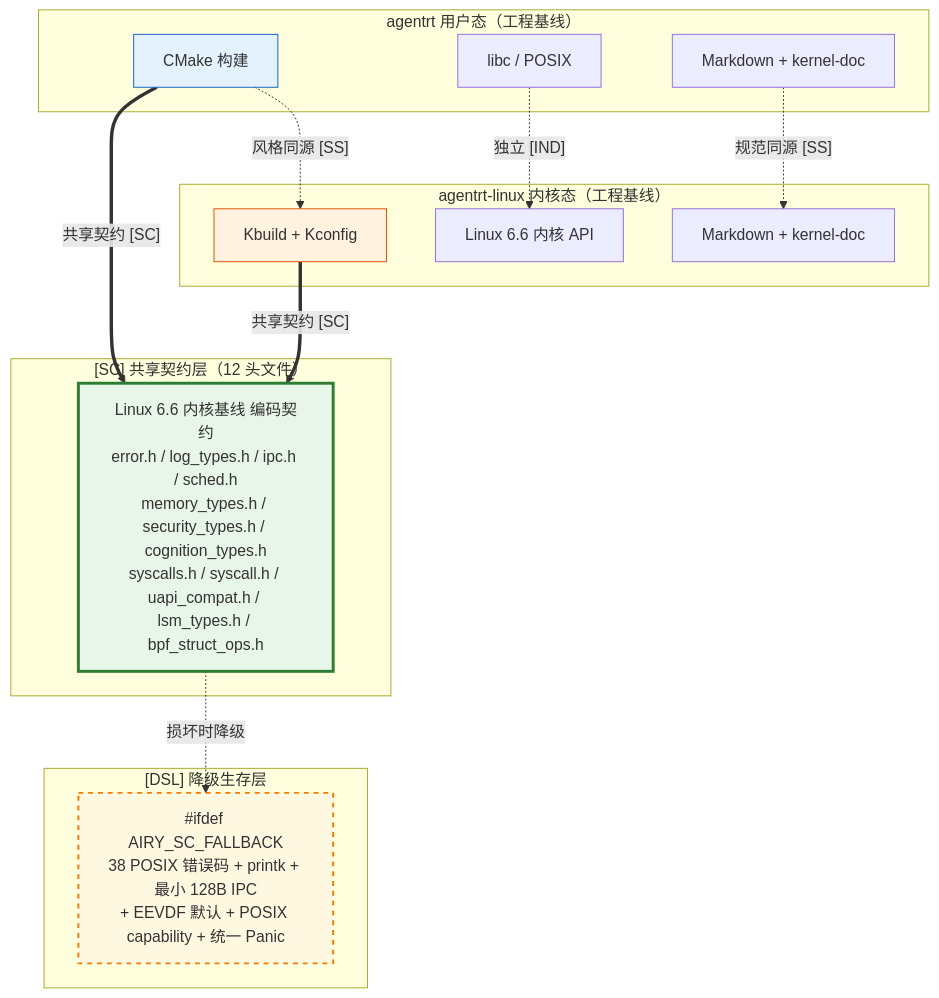
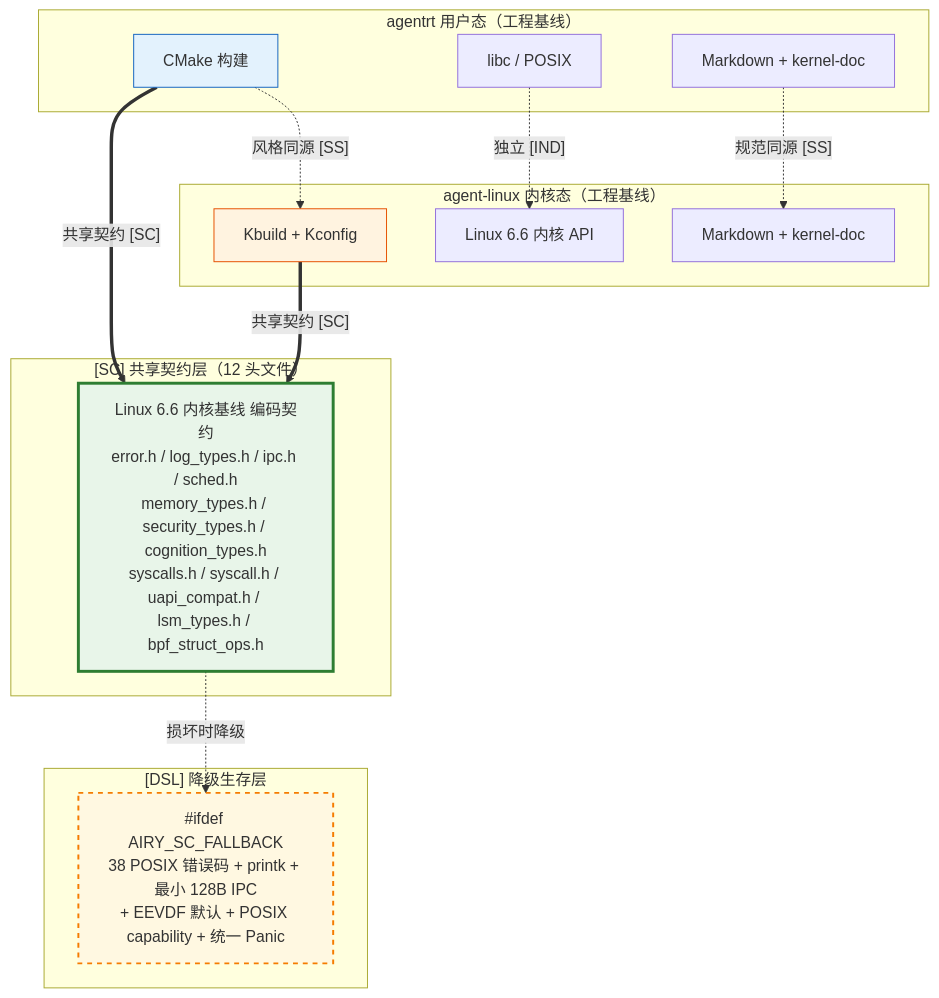
The diagram in 10-architecture/04-engineering-baseline.md (openairymax/docs-linux), drawn with Mermaid before and after one commit. The commit also changed other lines of this file and 172 other files, not shown here.

Commit message:
docs: rename agentrt-linux to agent-linux across docs v0.1.3 双工程结构：agentrt-linux 改名 agent-linux。docs 全仓 186 个 文件中的 agentrt-linux 引用统一为 agent-linux（AirymaxOS 工程名/ URL/路径引用；commit hash 与历史不变）。

````diff
--- a/10-architecture/04-engineering-baseline.md
+++ b/10-architecture/04-engineering-baseline.md
@@ -637,36 +637,36 @@
 ```mermaid
 graph TB
     subgraph "agentrt 用户态（工程基线）"
         RT_CMAKE[CMake 构建]
         RT_LIBC[libc / POSIX]
         RT_DOC[Markdown + kernel-doc]
     end
 
-    subgraph "agentrt-linux 内核态（工程基线）"
+    subgraph "agent-linux 内核态（工程基线）"
         OS_KBUILD[Kbuild + Kconfig]
         OS_LINUX[Linux 6.6 内核 API]
         OS_DOC[Markdown + kernel-doc]
     end
 
     subgraph "[SC] 共享契约层（12 头文件）"
         SC[Linux 6.6 内核基线 编码契约<br/>error.h / log_types.h / ipc.h / sched.h<br/>memory_types.h / security_types.h / cognition_types.h<br/>syscalls.h / syscall.h / uapi_compat.h / lsm_types.h / bpf_struct_ops.h]
     end
 
     subgraph "[DSL] 降级生存层"
         DSL["#ifdef AIRY_SC_FALLBACK<br/>38 POSIX 错误码 + printk + 最小 128B IPC<br/>+ EEVDF 默认 + POSIX capability + 统一 Panic"]
     end
 
     RT_CMAKE -.->|"风格同源 [SS]"| OS_KBUILD
     RT_LIBC -.->|"独立 [IND]"| OS_LINUX
     RT_DOC -.->|"规范同源 [SS]"| OS_DOC
 
     RT_CMAKE ==>|"共享契约 [SC]"| SC
     OS_KBUILD ==>|"共享契约 [SC]"| SC
 
     SC -.->|"损坏时降级"| DSL
 
     style SC fill:#e8f5e9,stroke:#2e7d32,stroke-width:3px
     style DSL fill:#fff8e1,stroke:#f57c00,stroke-width:2px,stroke-dasharray: 5 5
     style RT_CMAKE fill:#e3f2fd,stroke:#1565c0
     style OS_KBUILD fill:#fff3e0,stroke:#e65100
 ```
````
